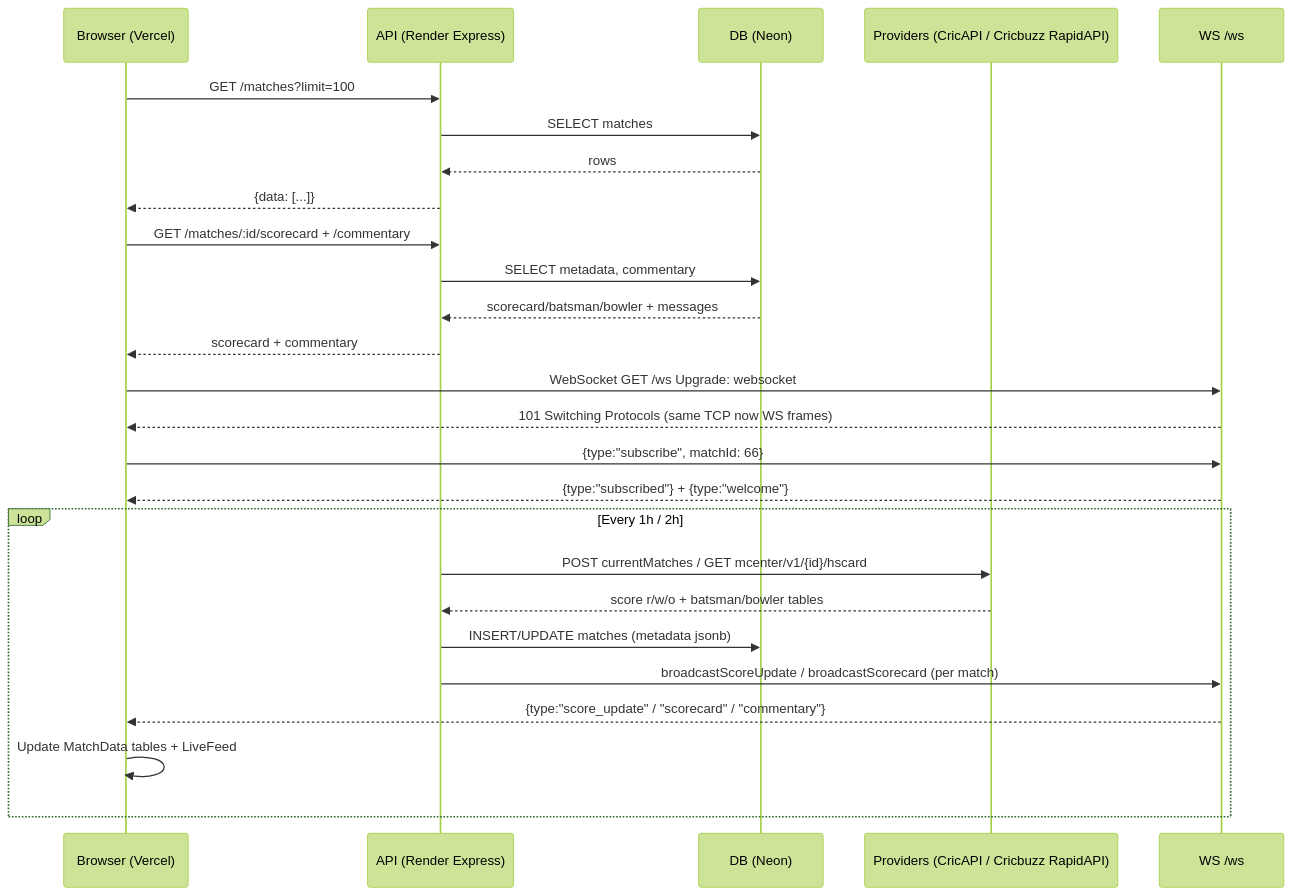
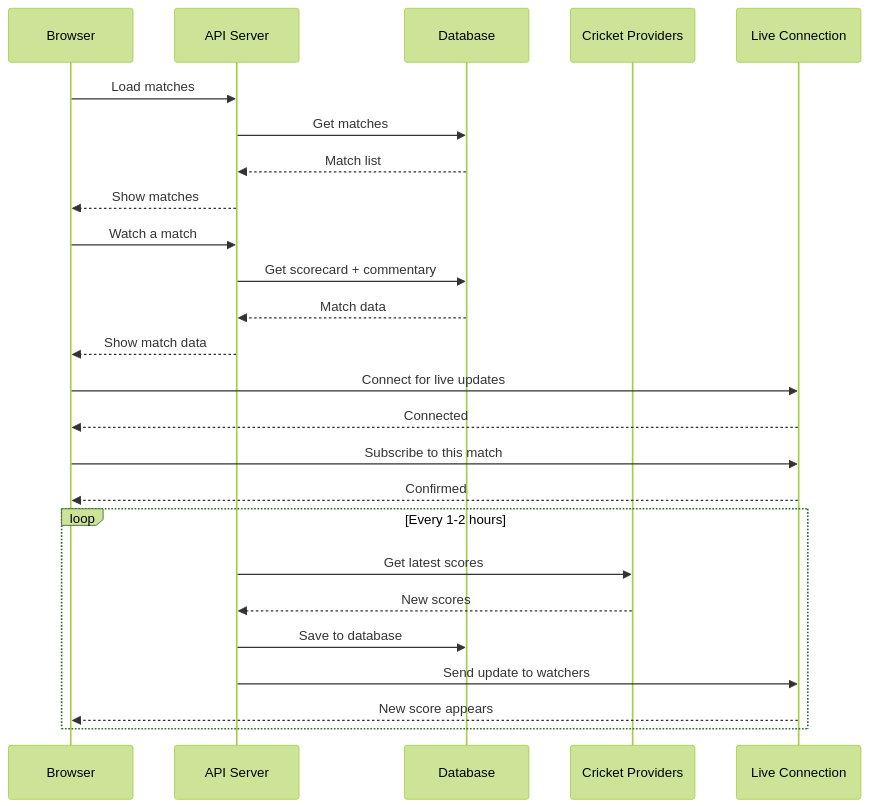
One commit to Chinmay42010/sportz-websocket changed the diagram in README.md. Above: the diagram before and after it, drawn with Mermaid (forest theme). The commit also changed other lines of this file, not shown here.

Commit message:
docs: simple README without env/code refs + sequence diagram

````diff
--- a/README.md
+++ b/README.md
@@ -19,32 +19,32 @@
 ```mermaid
 sequenceDiagram
-    participant U as Browser (Vercel)
-    participant A as API (Render Express)
-    participant D as DB (Neon)
-    participant P as Providers (CricAPI / Cricbuzz RapidAPI)
-    participant W as WS /ws
+    participant U as Browser
+    participant A as API Server
+    participant D as Database
+    participant P as Cricket Providers
+    participant W as Live Connection
 
-    U->>A: GET /matches?limit=100
-    A->>D: SELECT matches
-    D-->>A: rows
-    A-->>U: {data: [...]}
+    U->>A: Load matches
+    A->>D: Get matches
+    D-->>A: Match list
+    A-->>U: Show matches
 
-    U->>A: GET /matches/:id/scorecard + /commentary
-    A->>D: SELECT metadata, commentary
-    D-->>A: scorecard/batsman/bowler + messages
-    A-->>U: scorecard + commentary
+    U->>A: Watch a match
+    A->>D: Get scorecard + commentary
+    D-->>A: Match data
+    A-->>U: Show match data
 
-    U->>W: WebSocket GET /ws Upgrade: websocket
-    W-->>U: 101 Switching Protocols (same TCP now WS frames)
-    U->>W: {type:"subscribe", matchId: 66}
-    W-->>U: {type:"subscribed"} + {type:"welcome"}
+    U->>W: Connect for live updates
+    W-->>U: Connected
 
-    loop Every 1h / 2h
-        A->>P: POST currentMatches / GET mcenter/v1/{id}/hscard
-        P-->>A: score r/w/o + batsman/bowler tables
-        A->>D: INSERT/UPDATE matches (metadata jsonb)
-        A->>W: broadcastScoreUpdate / broadcastScorecard (per match)
-        W-->>U: {type:"score_update" / "scorecard" / "commentary"}
-        U->>U: Update MatchData tables + LiveFeed
+    U->>W: Subscribe to this match
+    W-->>U: Confirmed
+
+    loop Every 1-2 hours
+        A->>P: Get latest scores
+        P-->>A: New scores
+        A->>D: Save to database
+        A->>W: Send update to watchers
+        W-->>U: New score appears
     end
 ```
````
